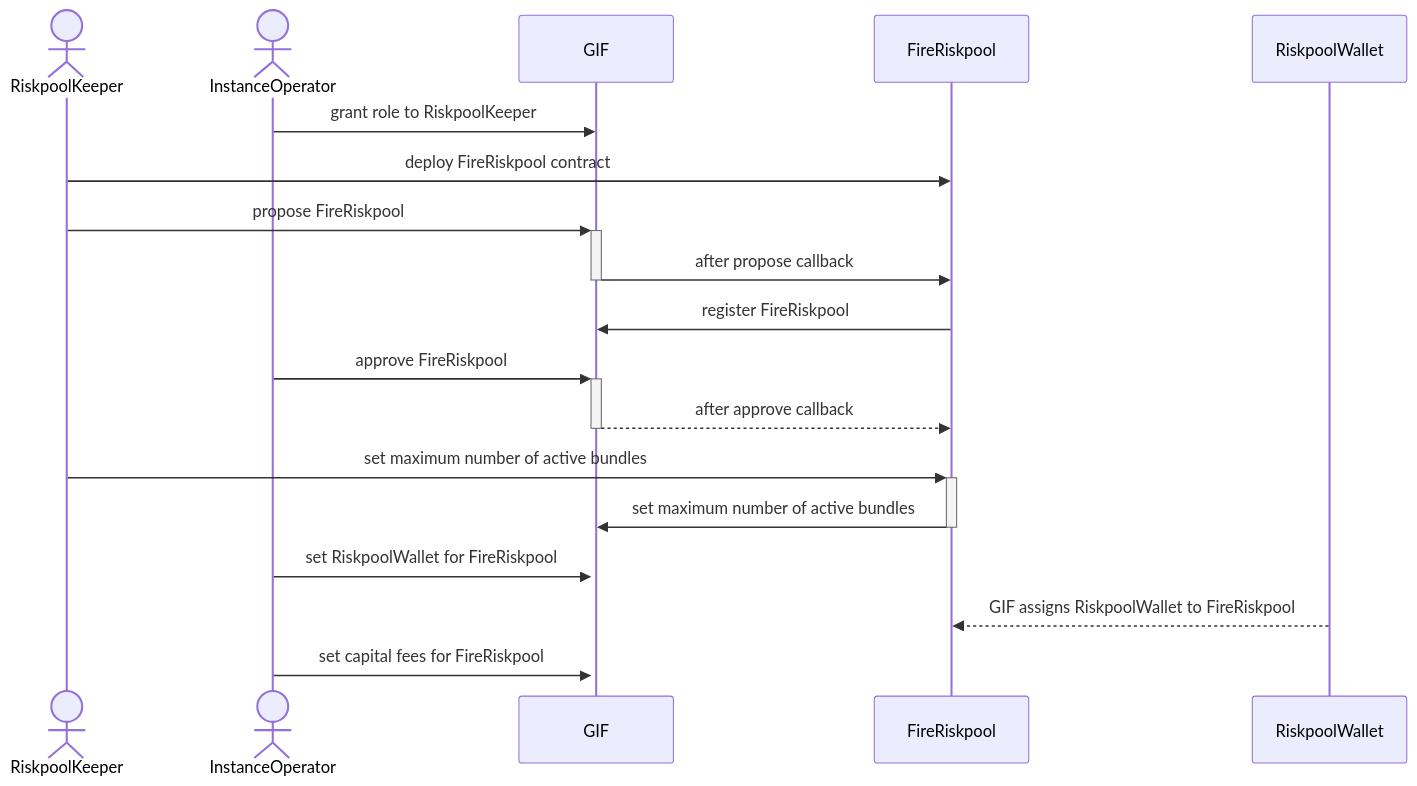
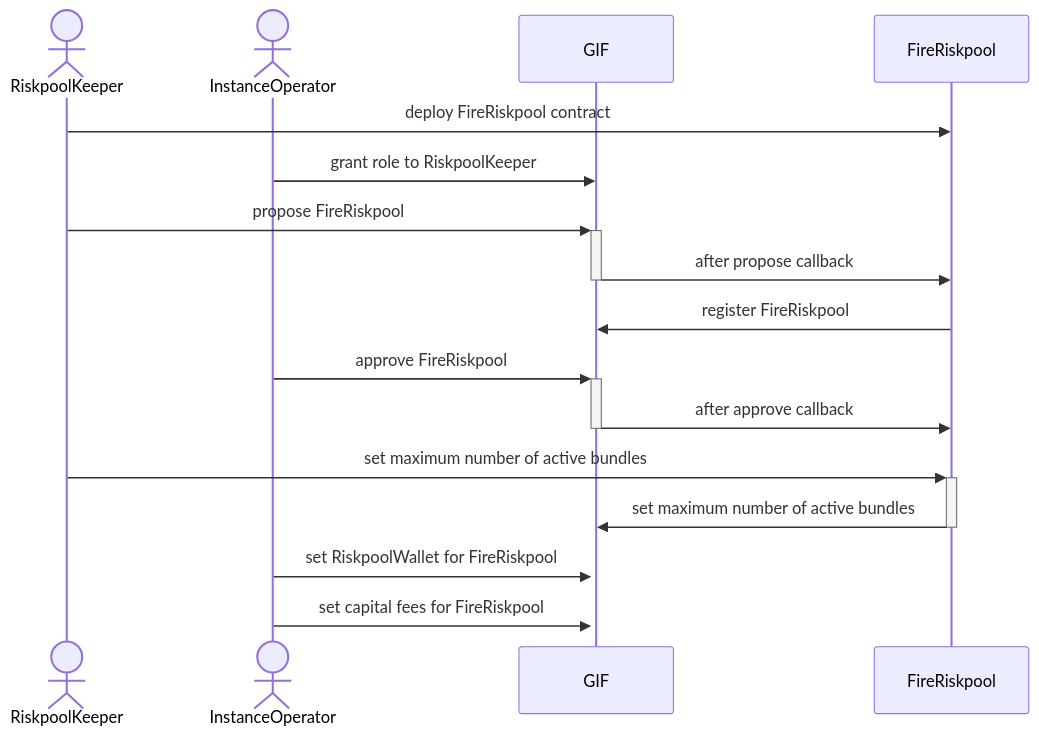
Before and after one commit to etherisc/gif-sandbox: the diagram in docs/modules/ROOT/assets/images/fire_riskpool_registration.md, drawn with Mermaid.

````diff
--- a/docs/modules/ROOT/assets/images/fire_riskpool_registration.md
+++ b/docs/modules/ROOT/assets/images/fire_riskpool_registration.md
@@ -3,22 +3,20 @@
 ```mermaid
 sequenceDiagram
     actor RK as RiskpoolKeeper
     actor IO as InstanceOperator
     participant G as GIF
     participant R as FireRiskpool
-    participant RW as RiskpoolWallet
     
     
+    RK ->> R: deploy FireRiskpool contract
     IO ->> G: grant role to RiskpoolKeeper
-    RK ->> R: deploy FireRiskpool contract
     RK ->>+ G: propose FireRiskpool
     G ->>- R: after propose callback
     R ->> G: register FireRiskpool
     IO ->>+ G: approve FireRiskpool
-    G -->>- R: after approve callback
+    G ->>- R: after approve callback
     RK ->>+ R: set maximum number of active bundles
     R ->>- G: set maximum number of active bundles
     IO ->>+ G: set RiskpoolWallet for FireRiskpool
-    RW -->> R: GIF assigns RiskpoolWallet to FireRiskpool 
     IO ->>+ G: set capital fees for FireRiskpool
 ```
````
